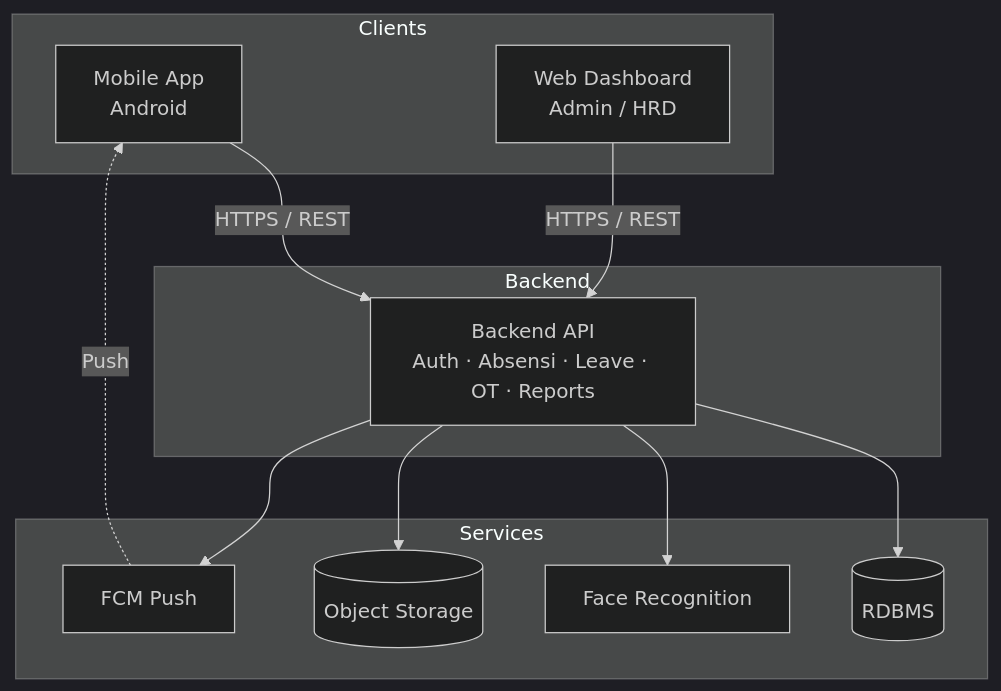
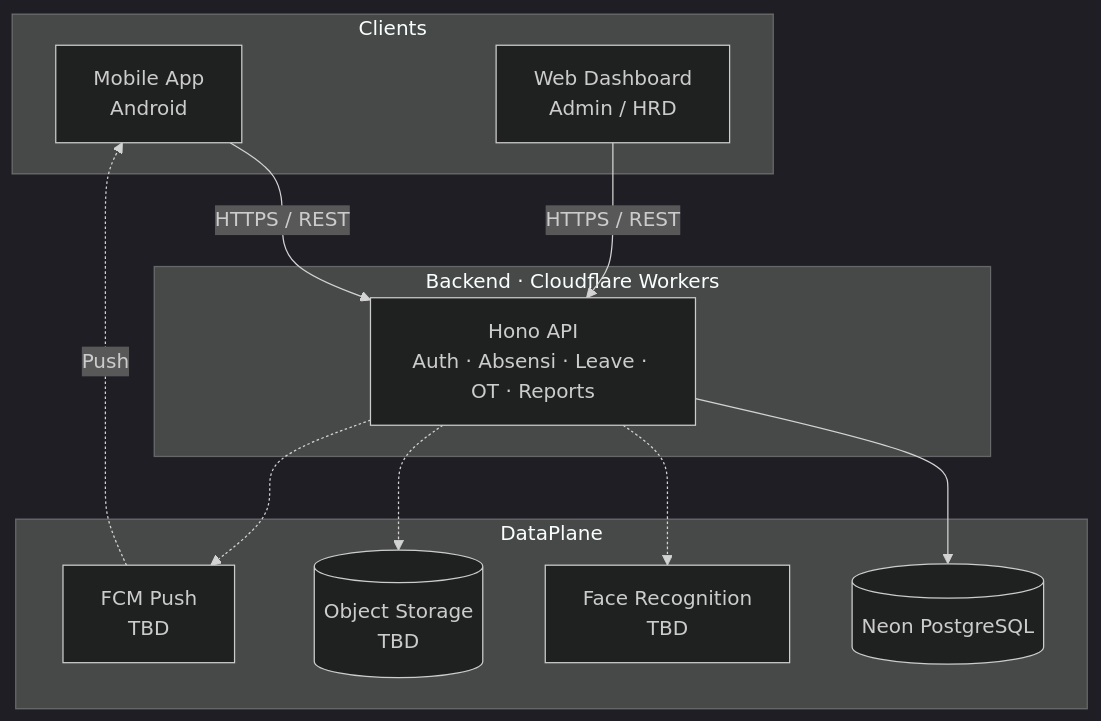
Before and after one commit to Capstone-Project-Team-B-2026/docs: the first of 6 diagrams in docs/infrastructure.md, drawn with Mermaid (dark theme). The commit also changed other lines of this file and 1 other file, not shown here.

````diff
--- a/docs/infrastructure.md
+++ b/docs/infrastructure.md
@@ -48,26 +48,26 @@
 ```mermaid
 flowchart TB
   subgraph Clients
     M[Mobile App<br/>Android]
     W[Web Dashboard<br/>Admin / HRD]
   end
 
-  subgraph Backend
-    API[Backend API<br/>Auth · Absensi · Leave · OT · Reports]
+  subgraph Edge["Backend · Cloudflare Workers"]
+    API[Hono API<br/>Auth · Absensi · Leave · OT · Reports]
   end
 
-  subgraph Services
-    DB[(RDBMS)]
-    FR[Face Recognition]
-    OS[(Object Storage)]
-    FCM[FCM Push]
+  subgraph DataPlane
+    DB[(Neon PostgreSQL)]
+    FR[Face Recognition<br/>TBD]
+    OS[(Object Storage<br/>TBD)]
+    FCM[FCM Push<br/>TBD]
   end
 
   M -->|HTTPS / REST| API
   W -->|HTTPS / REST| API
   API --> DB
-  API --> FR
-  API --> OS
-  API --> FCM
+  API -.-> FR
+  API -.-> OS
+  API -.-> FCM
   FCM -.->|Push| M
 ```
````
